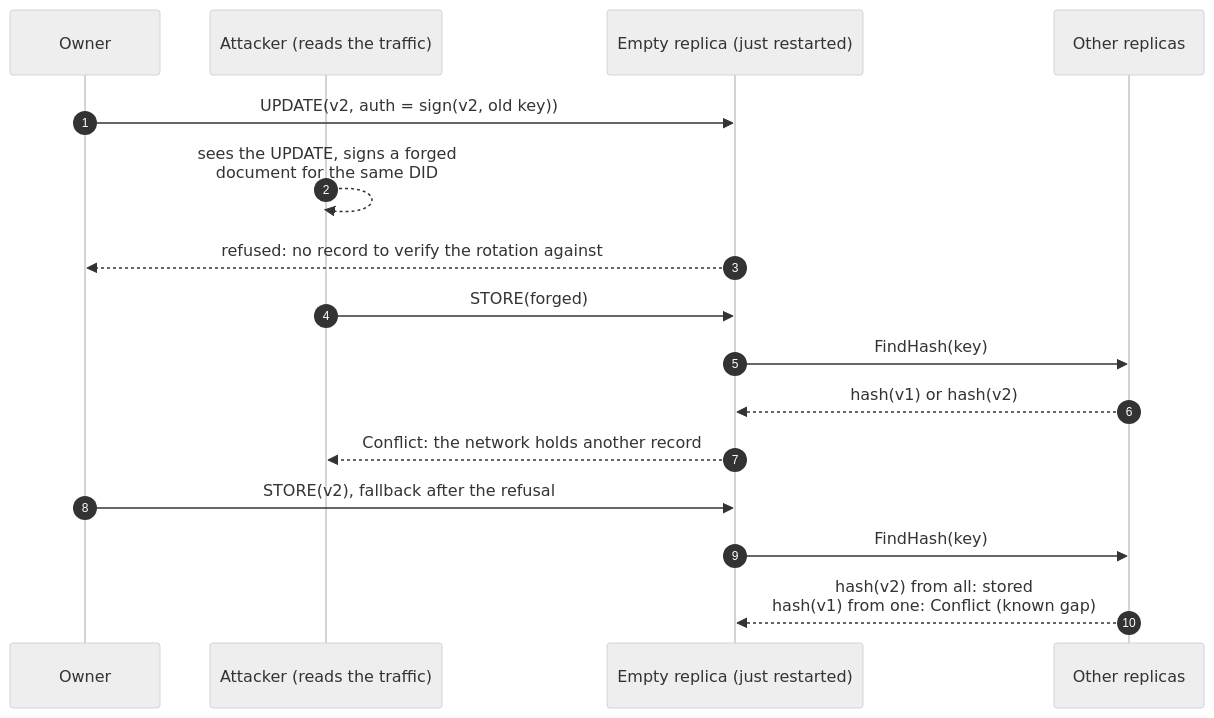
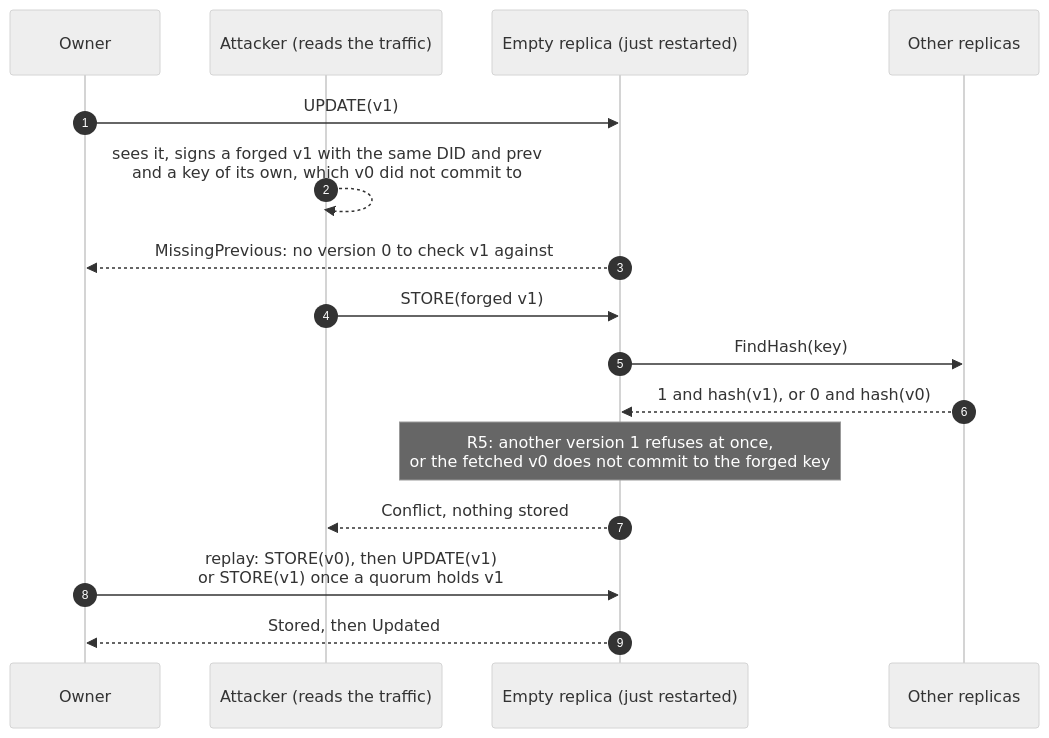
Before and after one commit to fratrung/auth-kademlia-rs: the diagram in docs/design/attack.mmd, drawn with Mermaid (neutral theme). The commit also changed 8 other files, not shown here.

```diff
--- a/docs/design/attack.mmd
+++ b/docs/design/attack.mmd
@@ -1,16 +1,16 @@
 sequenceDiagram
     autonumber
     participant O as Owner
     participant A as Attacker (reads the traffic)
     participant E as Empty replica (just restarted)
     participant H as Other replicas
-    O->>E: UPDATE(v2, auth = sign(v2, old key))
-    A-->>A: sees the UPDATE, signs a forged<br/>document for the same DID
-    E-->>O: refused: no record to verify the rotation against
-    A->>E: STORE(forged)
+    O->>E: UPDATE(v1)
+    A-->>A: sees it, signs a forged v1 with the same DID and prev<br/>and a key of its own, which v0 did not commit to
+    E-->>O: MissingPrevious: no version 0 to check v1 against
+    A->>E: STORE(forged v1)
     E->>H: FindHash(key)
-    H-->>E: hash(v1) or hash(v2)
-    E-->>A: Conflict: the network holds another record
-    O->>E: STORE(v2), fallback after the refusal
-    E->>H: FindHash(key)
-    H-->>E: hash(v2) from all: stored<br/>hash(v1) from one: Conflict (known gap)
+    H-->>E: 1 and hash(v1), or 0 and hash(v0)
+    Note over E: R5: another version 1 refuses at once,<br/>or the fetched v0 does not commit to the forged key
+    E-->>A: Conflict, nothing stored
+    O->>E: replay: STORE(v0), then UPDATE(v1)<br/>or STORE(v1) once a quorum holds v1
+    E-->>O: Stored, then Updated
```
